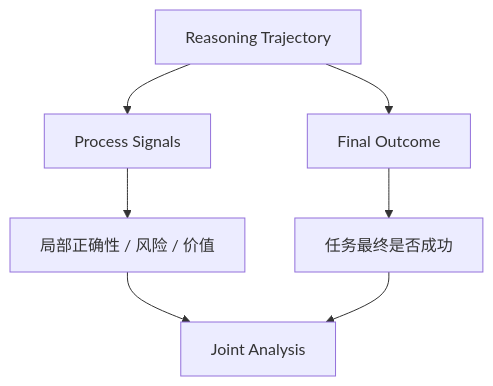
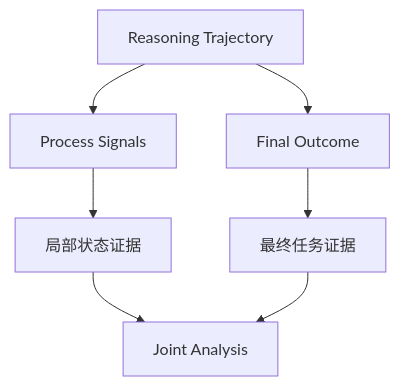
The second of 6 diagrams in LLM_Agent_Data/04_Reasoning_Data_and_Process_Supervision.md (JiangHui0203/Homework), drawn with Mermaid before and after one commit. The commit also changed other lines of this file, not shown here.

````diff
--- a/LLM_Agent_Data/04_Reasoning_Data_and_Process_Supervision.md
+++ b/LLM_Agent_Data/04_Reasoning_Data_and_Process_Supervision.md
@@ -263,9 +277,9 @@
 ```mermaid
 flowchart TD
     A[Reasoning Trajectory] --> B[Process Signals]
     A --> C[Final Outcome]
-    B --> D[局部正确性 / 风险 / 价值]
-    C --> E[任务最终是否成功]
+    B --> D[局部状态证据]
+    C --> E[最终任务证据]
     D --> F[Joint Analysis]
     E --> F
 ```
````
